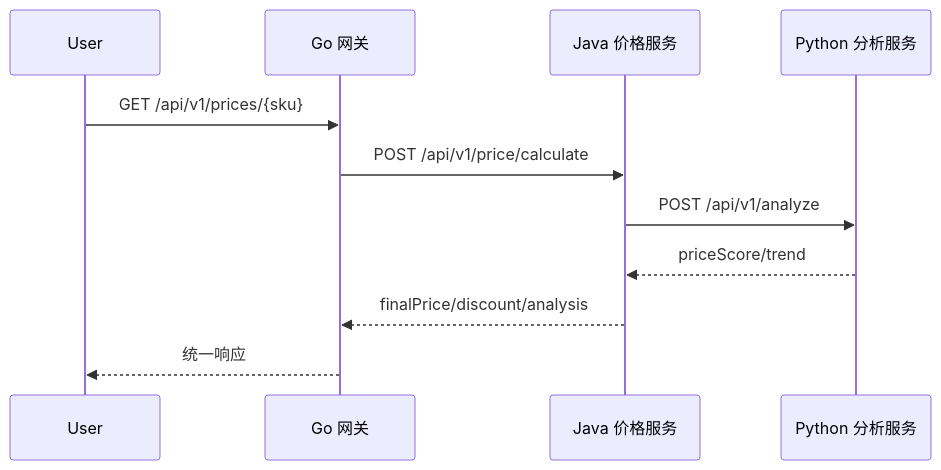
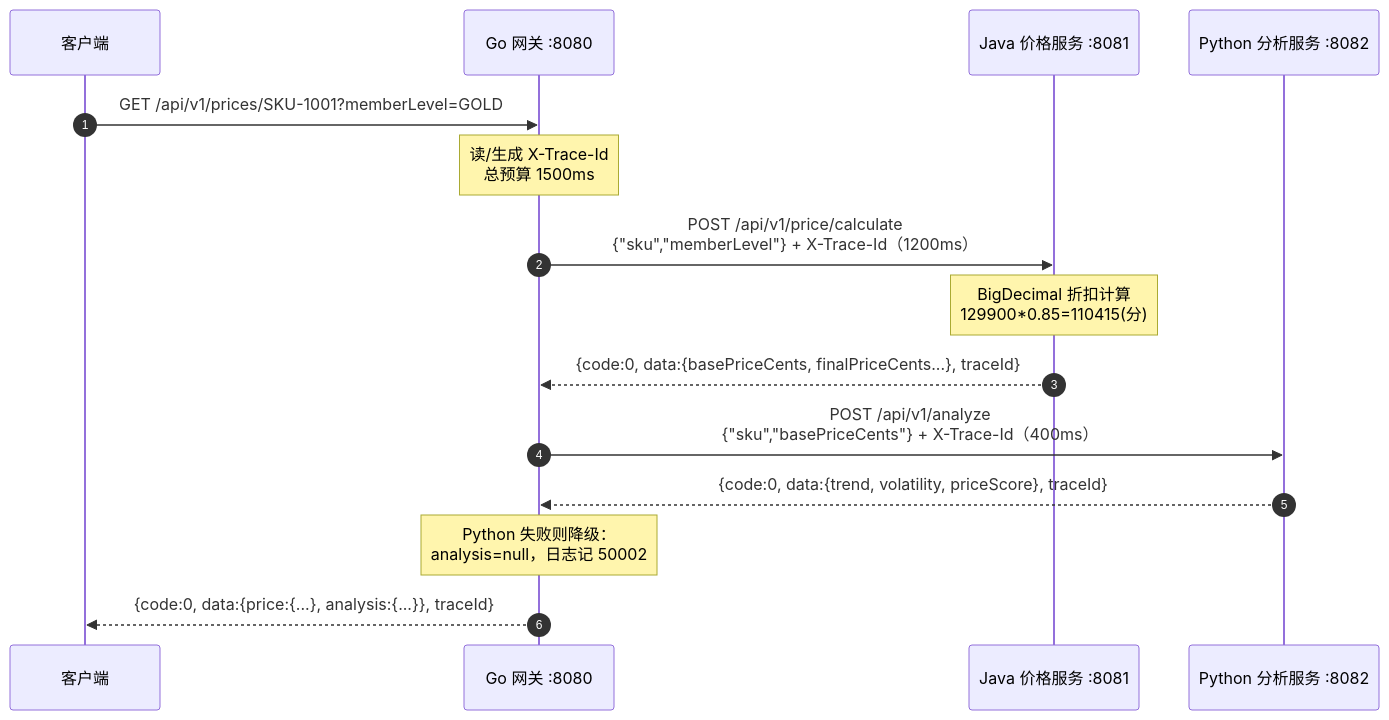
Before and after one commit to xiangganLuo/java-perspective-go-python-fullstack: the diagram in book/chapters/13-企业级实战项目-多语言协同电商价格计算平台.md, drawn with Mermaid. The commit also changed other lines of this file and 17 other files, not shown here.

````diff
--- a/book/chapters/13-企业级实战项目-多语言协同电商价格计算平台.md
+++ b/book/chapters/13-企业级实战项目-多语言协同电商价格计算平台.md
@@ -17,13 +19,17 @@
 ```mermaid
 sequenceDiagram
-  participant User
-  participant Go as Go 网关
-  participant Java as Java 价格服务
-  participant Python as Python 分析服务
-  User->>Go: GET /api/v1/prices/{sku}
-  Go->>Java: POST /api/v1/price/calculate
-  Java->>Python: POST /api/v1/analyze
-  Python-->>Java: priceScore/trend
-  Java-->>Go: finalPrice/discount/analysis
-  Go-->>User: 统一响应
+  autonumber
+  participant U as 客户端
+  participant G as Go 网关 :8080
+  participant J as Java 价格服务 :8081
+  participant P as Python 分析服务 :8082
+  U->>G: GET /api/v1/prices/SKU-1001?memberLevel=GOLD
+  Note over G: 读/生成 X-Trace-Id<br/>总预算 1500ms
+  G->>J: POST /api/v1/price/calculate<br/>{"sku","memberLevel"} + X-Trace-Id（1200ms）
+  Note over J: BigDecimal 折扣计算<br/>129900*0.85=110415(分)
+  J-->>G: {code:0, data:{basePriceCents, finalPriceCents...}, traceId}
+  G->>P: POST /api/v1/analyze<br/>{"sku","basePriceCents"} + X-Trace-Id（400ms）
+  P-->>G: {code:0, data:{trend, volatility, priceScore}, traceId}
+  Note over G: Python 失败则降级：<br/>analysis=null，日志记 50002
+  G-->>U: {code:0, data:{price:{...}, analysis:{...}}, traceId}
 ```
````
